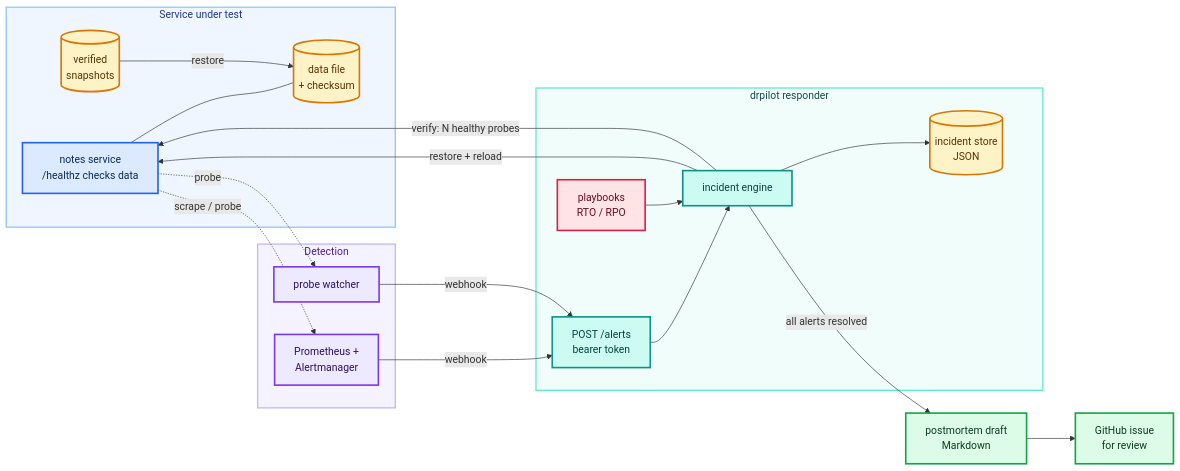
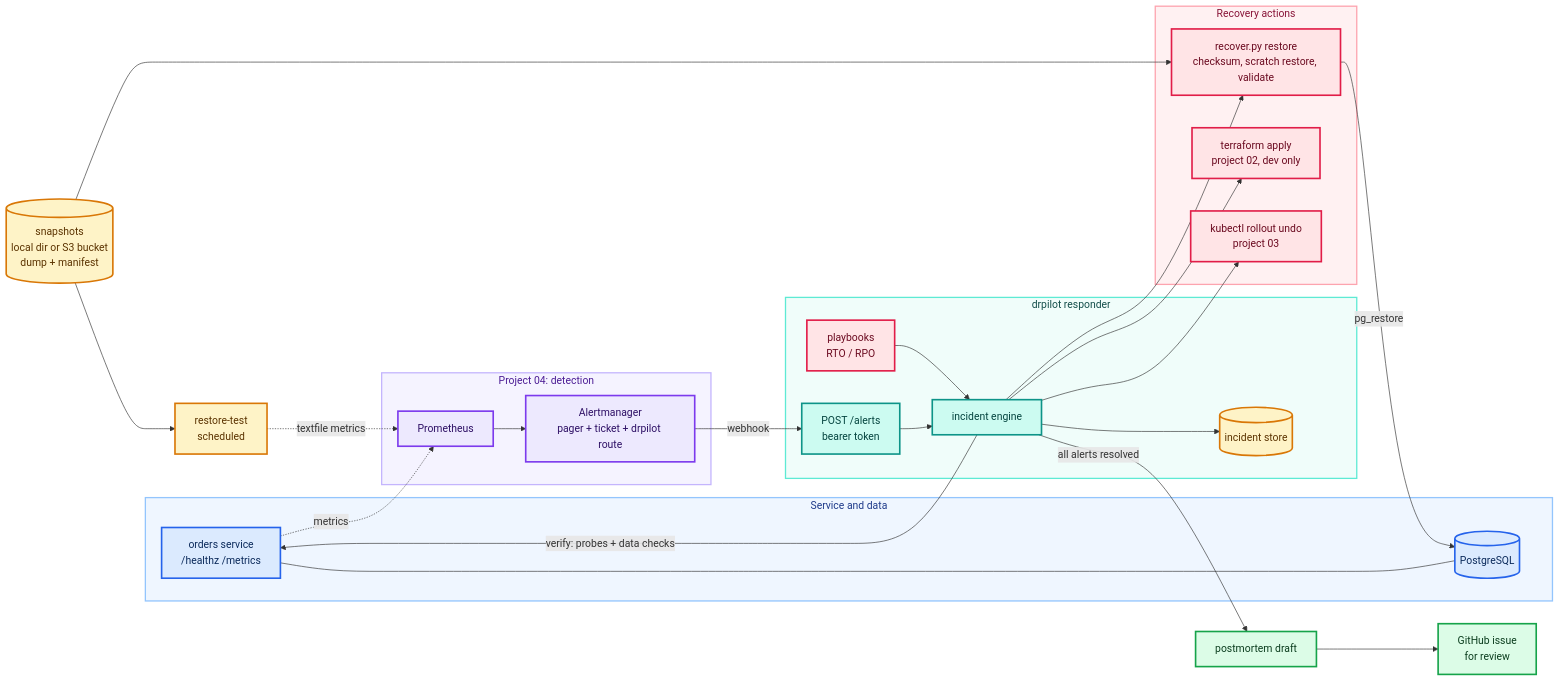
One commit to Joxejaime/Projects-2026 changed the diagram in projects/08-disaster-recovery-autopilot/docs/schematics/01-architecture.mmd. Above: the diagram before and after it, drawn with Mermaid. The commit also changed 67 other files, not shown here.

```diff
--- a/projects/08-disaster-recovery-autopilot/docs/schematics/01-architecture.mmd
+++ b/projects/08-disaster-recovery-autopilot/docs/schematics/01-architecture.mmd
@@ -1,51 +1,62 @@
 %% title: System architecture
-%% headline: When something breaks, recover it and write it down
-%% takeaway: An alert opens an incident, a playbook recovers and verifies, resolution writes the postmortem draft.
-%% legend: app=Service,obs=Detection,guard=Responder,alert=Recovery actions,data=State and backups,ok=Postmortem
-%% caption: Two ways in: Prometheus and Alertmanager post to the responder's webhook, or the probe watcher turns a health endpoint into the same alert payloads. The responder opens an incident, picks the most specific playbook, runs its steps (commands without a shell, HTTP calls with secrets from the environment) and only calls the service recovered after consecutive healthy probes. When every alert in the incident has resolved, it renders a postmortem draft and can open it as a GitHub issue for review.
+%% headline: Detect with 04, recover with 02 and 03, write it down
+%% takeaway: drpilot adds recovery and postmortems on top of the monitoring and deployment tooling already in the repo.
+%% legend: app=Service and data,obs=Project 04 detection,guard=drpilot responder,alert=Recovery actions,data=Backups,ok=Postmortem
+%% caption: Project 04's Prometheus and Alertmanager detect the failure and route alerts labelled autoremediate to drpilot while still paging people. The responder opens an incident and runs the most specific playbook: restore the newest snapshot that proves itself (checksum, scratch restore and data checks, in that order), or re-apply project 02's Terraform for dev, or roll back project 03's Deployment. Recovery only counts after consecutive healthy probes and passing data checks. A scheduled restore test feeds metrics back to Prometheus, so a backup that stops restoring raises an alert before it is needed. When every alert has resolved the postmortem draft is written, optionally as a GitHub issue.
 flowchart LR
-    subgraph svc["Service under test"]
-        notes["notes service<br/>/healthz checks data"]
-        data[("data file<br/>+ checksum")]
-        snaps[("verified<br/>snapshots")]
-        notes --- data
+    subgraph svc["Service and data"]
+        orders["orders service<br/>/healthz /metrics"]
+        pg[("PostgreSQL")]
+        orders --- pg
     end
-    subgraph detect["Detection"]
-        prom["Prometheus +<br/>Alertmanager"]
-        watch["probe watcher"]
+    subgraph p04["Project 04: detection"]
+        prom["Prometheus"]
+        am["Alertmanager<br/>pager + ticket + drpilot route"]
+        prom --> am
     end
     subgraph resp["drpilot responder"]
         hook["POST /alerts<br/>bearer token"]
         engine["incident engine"]
         books["playbooks<br/>RTO / RPO"]
-        store[("incident store<br/>JSON")]
+        store[("incident store")]
         hook --> engine
         books --> engine
         engine --> store
     end
-    pm["postmortem draft<br/>Markdown"]
+    subgraph act["Recovery actions"]
+        restore["recover.py restore<br/>checksum, scratch restore, validate"]
+        tf["terraform apply<br/>project 02, dev only"]
+        k8s["kubectl rollout undo<br/>project 03"]
+    end
+    snaps[("snapshots<br/>local dir or S3 bucket<br/>dump + manifest")]
+    rtest["restore-test<br/>scheduled"]
+    pm["postmortem draft"]
     gh["GitHub issue<br/>for review"]
-    notes -. scrape / probe .-> prom
-    notes -. probe .-> watch
-    prom -->|webhook| hook
-    watch -->|webhook| hook
-    engine -->|"restore + reload"| notes
-    snaps -->|restore| data
-    engine -->|"verify: N healthy probes"| notes
+    orders -. metrics .-> prom
+    am -->|webhook| hook
+    engine --> restore
+    engine --> tf
+    engine --> k8s
+    snaps --> restore
+    restore -->|"pg_restore"| pg
+    engine -->|"verify: probes + data checks"| orders
+    snaps --> rtest
+    rtest -. textfile metrics .-> prom
     engine -->|"all alerts resolved"| pm --> gh
 
     classDef app fill:#DBEAFE,stroke:#2563EB,stroke-width:2.5px,color:#0B2A5B
     classDef guard fill:#CCFBF1,stroke:#0D9488,stroke-width:2.5px,color:#04443F
     classDef data fill:#FEF3C7,stroke:#D97706,stroke-width:2.5px,color:#5B3300
     classDef obs fill:#EDE9FE,stroke:#7C3AED,stroke-width:2.5px,color:#2E1065
     classDef alert fill:#FFE4E6,stroke:#E11D48,stroke-width:2.5px,color:#6B0A20
     classDef ok fill:#DCFCE7,stroke:#16A34A,stroke-width:2.5px,color:#0B3D1E
-    class notes app
-    class data,snaps,store data
-    class prom,watch obs
+    class orders,pg app
+    class snaps,store,rtest data
+    class prom,am obs
     class hook,engine guard
-    class books alert
+    class books,restore,tf,k8s alert
     class pm,gh ok
     style svc fill:#EFF6FF,stroke:#93C5FD,stroke-width:2px,color:#1E3A8A
-    style detect fill:#F5F3FF,stroke:#C4B5FD,stroke-width:2px,color:#4C1D95
+    style p04 fill:#F5F3FF,stroke:#C4B5FD,stroke-width:2px,color:#4C1D95
     style resp fill:#F0FDFA,stroke:#5EEAD4,stroke-width:2px,color:#134E4A
+    style act fill:#FFF1F2,stroke:#FDA4AF,stroke-width:2px,color:#881337
```
